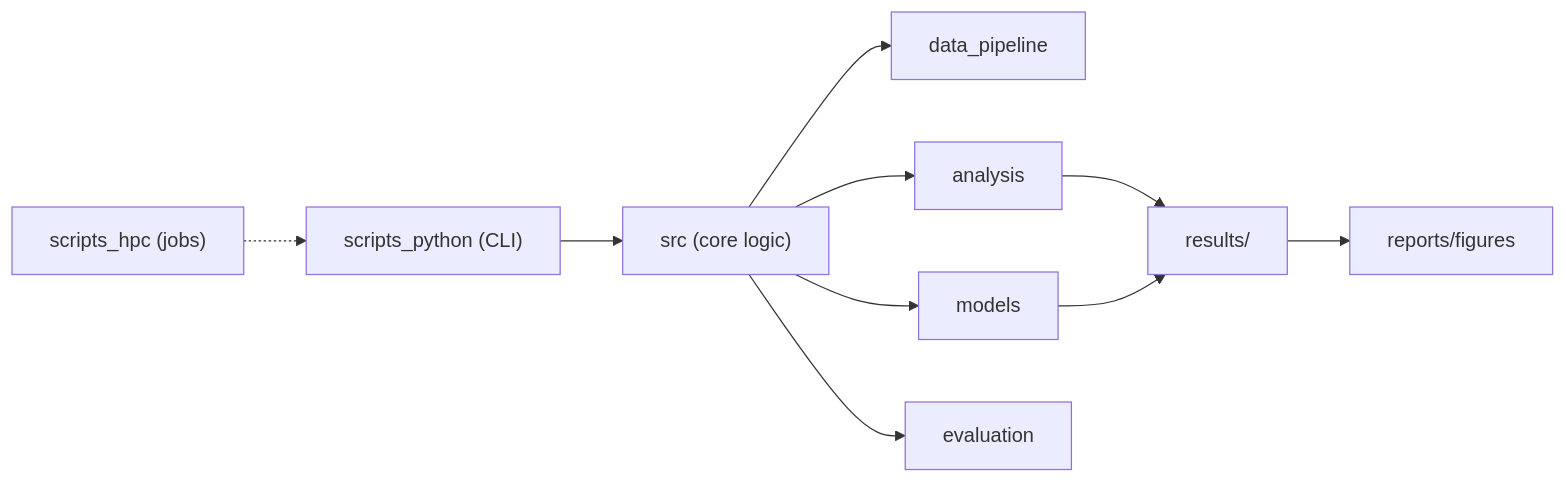
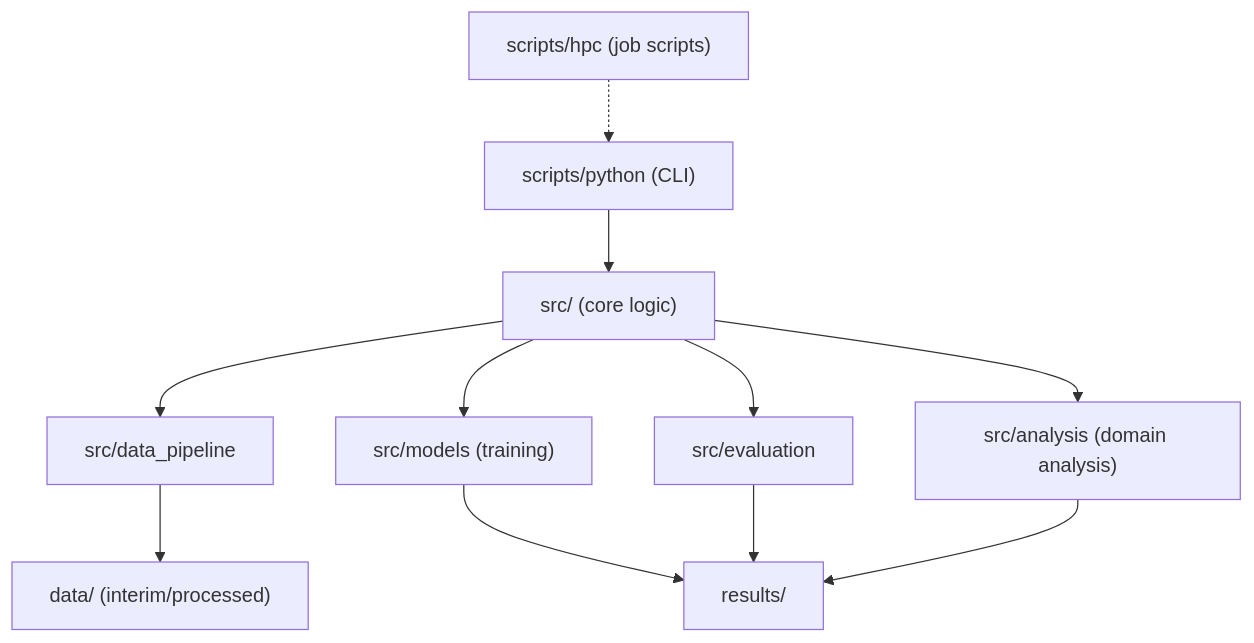
The first of 5 diagrams in docs/source/guide/developer_guide.md (YutaroNakagama/vehicle_based_DDD_comparison), drawn with Mermaid before and after one commit. The commit also changed other lines of this file, not shown here.

`````diff
--- a/docs/source/guide/developer_guide.md
+++ b/docs/source/guide/developer_guide.md
@@ -61,13 +82,14 @@
 ```mermaid
-graph LR
-  scripts_python["scripts_python (CLI)"] --> src_core["src (core logic)"]
-  src_core --> data_pipeline["data_pipeline"]
-  src_core --> models["models"]
-  src_core --> analysis["analysis"]
-  src_core --> evaluation["evaluation"]
-  analysis --> results["results/"]
-  models --> results
-  results --> reports["reports/figures"]
-  scripts_hpc["scripts_hpc (jobs)"] -.-> scripts_python
+graph TB
+  scripts_hpc["scripts/hpc (job scripts)"] -.-> scripts_python["scripts/python (CLI)"]
+  scripts_python --> src_core["src/ (core logic)"]
+  src_core --> data_pipeline["src/data_pipeline"]
+  data_pipeline --> data["data/ (interim/processed)"]
+  src_core --> models["src/models (training)"]
+  models --> results["results/"]
+  src_core --> evaluation["src/evaluation"]
+  evaluation --> results
+  src_core --> analysis["src/analysis (domain analysis)"]
+  analysis --> results
 
 ````
`````
